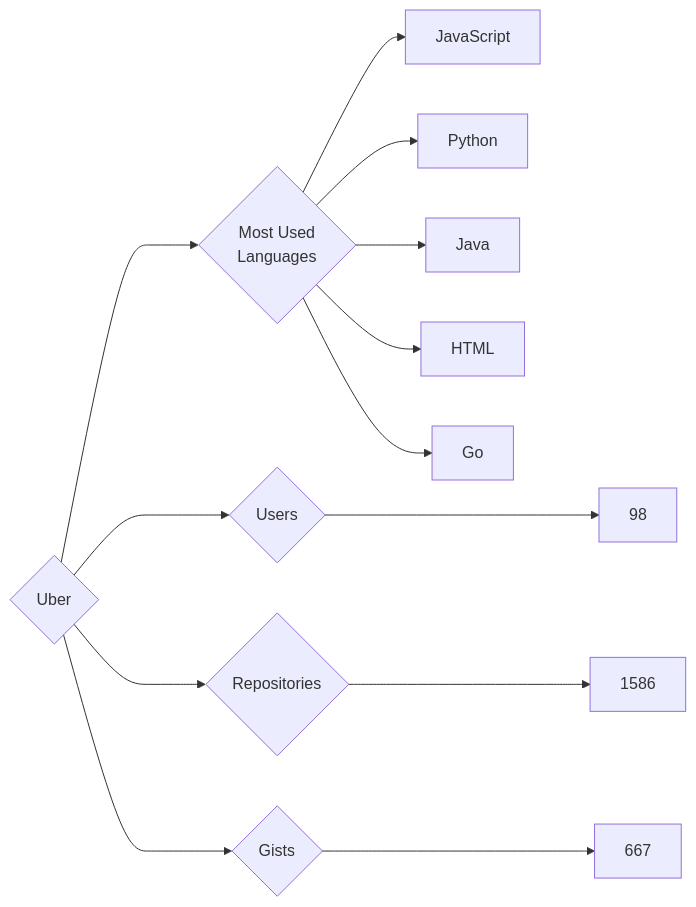
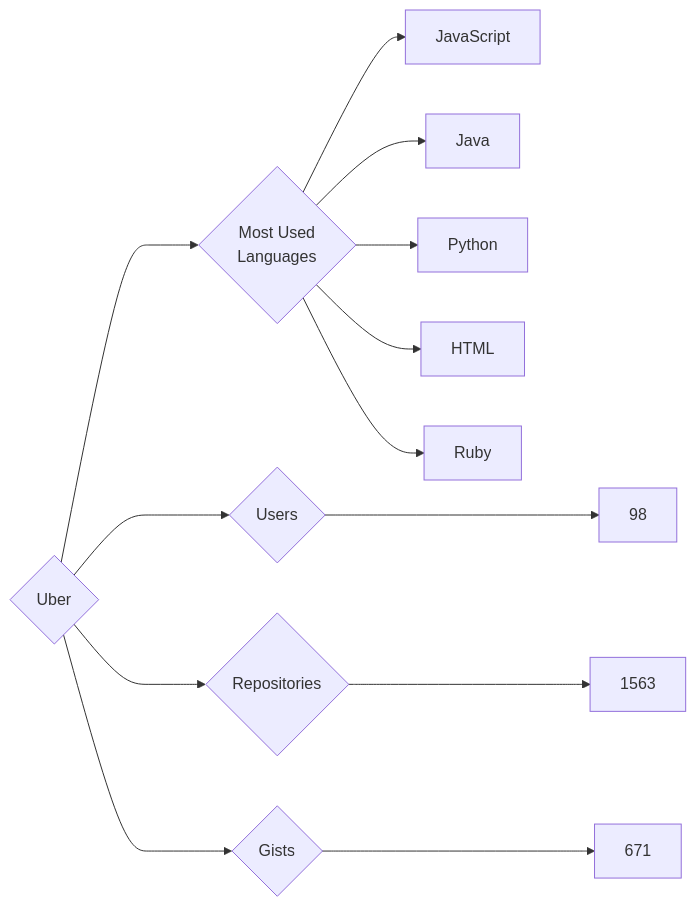
Before and after one commit to trickest/insiders: the diagram in targets/Uber/README.md, drawn with Mermaid. The commit also changed 799 other files, not shown here.

````diff
--- a/targets/Uber/README.md
+++ b/targets/Uber/README.md
@@ -3,13 +3,13 @@
 ```mermaid
 graph LR
 COMPANY_NAME{Uber}
 COMPANY_NAME ---> U{Users} ---> UN[98]
-COMPANY_NAME ---> R{Repositories} ---> RN[1586]
-COMPANY_NAME ---> G{Gists} ---> GN[667]
+COMPANY_NAME ---> R{Repositories} ---> RN[1563]
+COMPANY_NAME ---> G{Gists} ---> GN[671]
 COMPANY_NAME ---> ML{Most Used<br>Languages}
 ML --> JavaScript[JavaScript]
+ML --> Java[Java]
 ML --> Python[Python]
-ML --> Java[Java]
 ML --> HTML[HTML]
-ML --> Go[Go]
+ML --> Ruby[Ruby]
 ```
````
